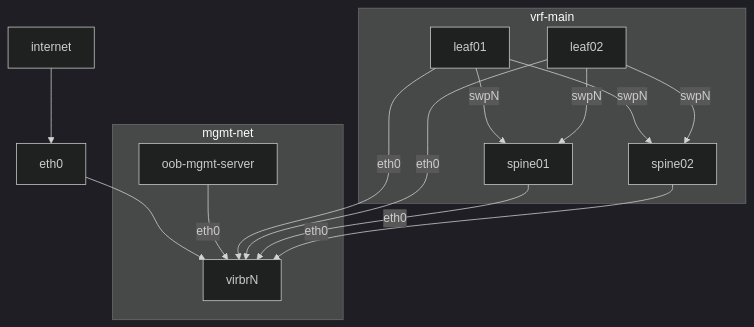
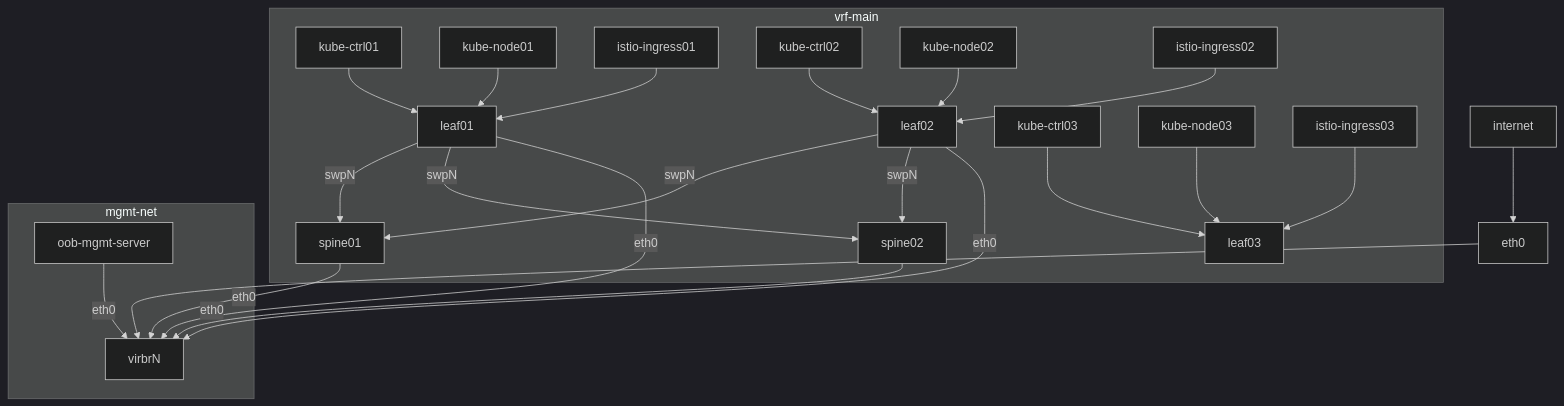
The diagram in README.md (lukassup/libvirt-istiolab-tf), drawn with Mermaid (dark theme) before and after one commit. The commit also changed other lines of this file, not shown here.

````diff
--- a/README.md
+++ b/README.md
@@ -5,11 +5,20 @@
 ```mermaid
 graph TD;
     internet --> eth0;
     eth0 --> virbrN;
     subgraph vrf-main
       leaf01 & leaf02 -->|swpN| spine01 & spine02;
+      kube-ctrl01 --> leaf01;
+      kube-node01 --> leaf01;
+      istio-ingress01 --> leaf01;
+      kube-ctrl02 --> leaf02;
+      kube-node02 --> leaf02;
+      istio-ingress02 --> leaf02;
+      kube-ctrl03 --> leaf03;
+      kube-node03 --> leaf03;
+      istio-ingress03 --> leaf03;
     end
     subgraph mgmt-net
       oob-mgmt-server & leaf01 & leaf02 & spine01 & spine02 -->|eth0| virbrN;
     end
 ```
````
